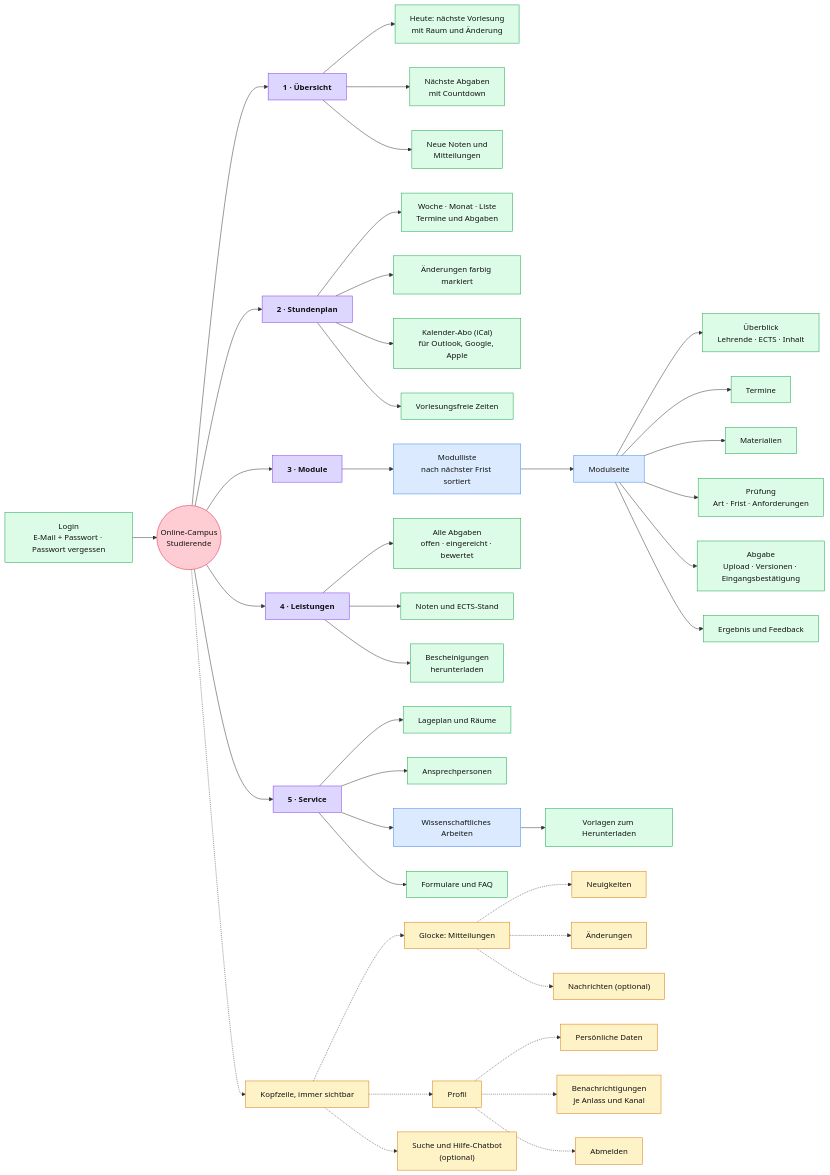
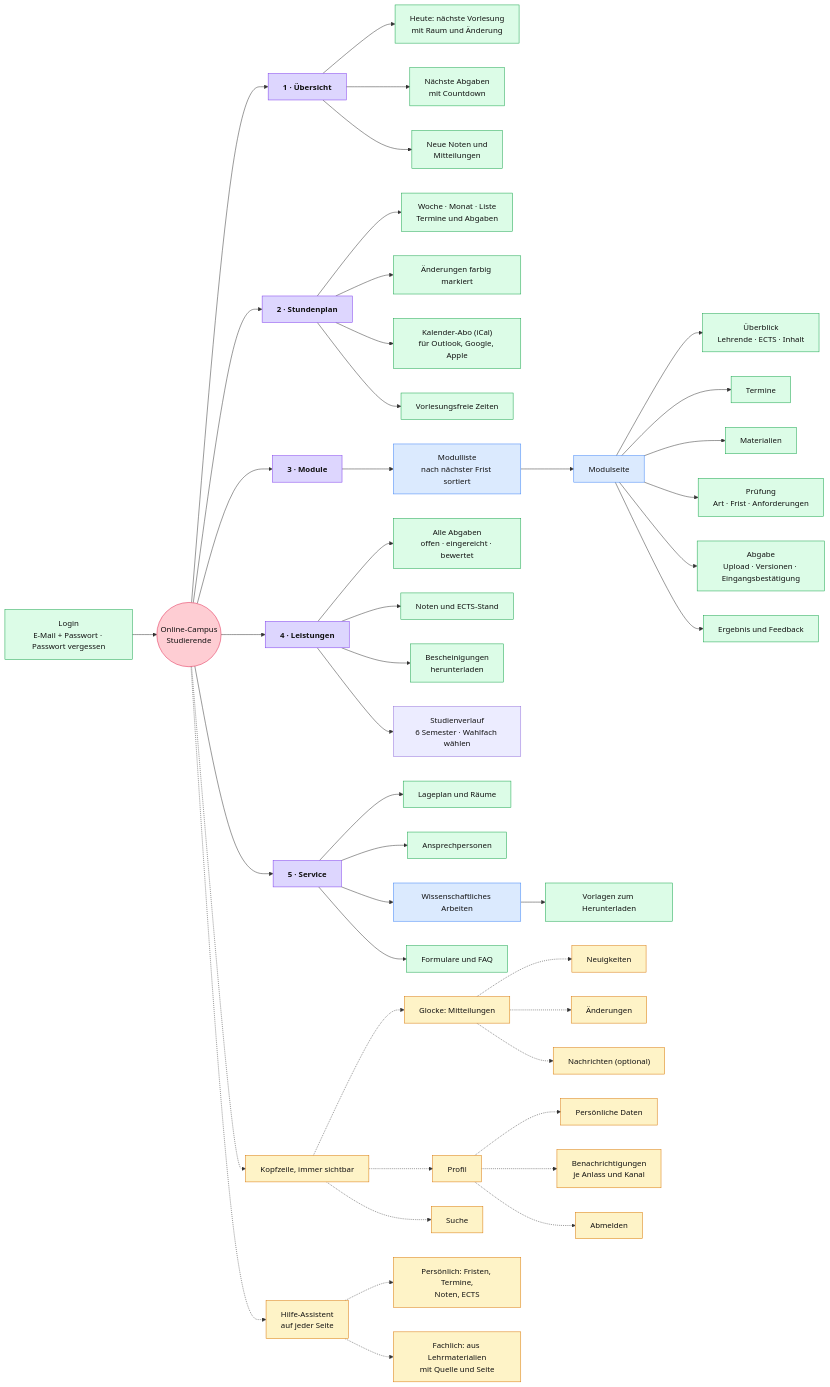
The diagram in sitemap-studierende.mmd (thimostender/Online-Campus), drawn with Mermaid before and after one commit. The commit also changed 24 other files, not shown here.

Commit message:
Module nach Modulstruktur BWL (B.A.), Studienverlauf mit Wahlfach, Hilfe-Assistent mit Textauslese der Lehrmaterialien, echte Dateien und ZIP, Termine anlegen mit Raumkonflikt-Pruefung, Bewerten ab Fristende

```diff
--- a/sitemap-studierende.mmd
+++ b/sitemap-studierende.mmd
@@ -1,58 +1,62 @@
 flowchart LR
   C(("Online-Campus<br/>Studierende"))
   LOGIN["Login<br/>E-Mail + Passwort · Passwort vergessen"] --> C
 
   C --> U["1 · Übersicht"]
   U --> U1["Heute: nächste Vorlesung<br/>mit Raum und Änderung"]
   U --> U2["Nächste Abgaben<br/>mit Countdown"]
   U --> U3["Neue Noten und<br/>Mitteilungen"]
 
   C --> SP["2 · Stundenplan"]
   SP --> SP1["Woche · Monat · Liste<br/>Termine und Abgaben"]
   SP --> SP2["Änderungen farbig markiert"]
   SP --> SP3["Kalender-Abo (iCal)<br/>für Outlook, Google, Apple"]
   SP --> SP4["Vorlesungsfreie Zeiten"]
 
   C --> M["3 · Module"]
   M --> M1["Modulliste<br/>nach nächster Frist sortiert"]
   M1 --> MS["Modulseite"]
   MS --> MS1["Überblick<br/>Lehrende · ECTS · Inhalt"]
   MS --> MS2["Termine"]
   MS --> MS3["Materialien"]
   MS --> MS4["Prüfung<br/>Art · Frist · Anforderungen"]
   MS --> MS5["Abgabe<br/>Upload · Versionen · Eingangsbestätigung"]
   MS --> MS6["Ergebnis und Feedback"]
 
   C --> LE["4 · Leistungen"]
   LE --> LE1["Alle Abgaben<br/>offen · eingereicht · bewertet"]
   LE --> LE2["Noten und ECTS-Stand"]
   LE --> LE3["Bescheinigungen<br/>herunterladen"]
+  LE --> LE4["Studienverlauf<br/>6 Semester · Wahlfach wählen"]
 
   C --> SV["5 · Service"]
   SV --> SV1["Lageplan und Räume"]
   SV --> SV2["Ansprechpersonen"]
   SV --> SV3["Wissenschaftliches Arbeiten"]
   SV3 --> SV3a["Vorlagen zum Herunterladen"]
   SV --> SV4["Formulare und FAQ"]
 
   C -.-> K["Kopfzeile, immer sichtbar"]
   K -.-> MI["Glocke: Mitteilungen"]
   MI -.-> MI1["Neuigkeiten"]
   MI -.-> MI2["Änderungen"]
   MI -.-> MI3["Nachrichten (optional)"]
   K -.-> PR["Profil"]
   PR -.-> PR1["Persönliche Daten"]
   PR -.-> PR2["Benachrichtigungen<br/>je Anlass und Kanal"]
   PR -.-> PR3["Abmelden"]
-  K -.-> HI["Suche und Hilfe-Chatbot<br/>(optional)"]
+  K -.-> HI["Suche"]
+  C -.-> AS["Hilfe-Assistent<br/>auf jeder Seite"]
+  AS -.-> AS1["Persönlich: Fristen, Termine,<br/>Noten, ECTS"]
+  AS -.-> AS2["Fachlich: aus Lehrmaterialien<br/>mit Quelle und Seite"]
 
   classDef root fill:#fecdd3,stroke:#e11d48,color:#111
   classDef main fill:#ddd6fe,stroke:#7c3aed,color:#111,font-weight:bold
   classDef sub fill:#dbeafe,stroke:#3b82f6,color:#111
   classDef fn fill:#dcfce7,stroke:#16a34a,color:#111
   classDef head fill:#fef3c7,stroke:#d97706,color:#111
   class C root
   class U,SP,M,LE,SV main
   class MS,M1,SV3 sub
   class U1,U2,U3,SP1,SP2,SP3,SP4,MS1,MS2,MS3,MS4,MS5,MS6,LE1,LE2,LE3,SV1,SV2,SV3a,SV4,LOGIN fn
-  class K,MI,MI1,MI2,MI3,PR,PR1,PR2,PR3,HI head
+  class K,MI,MI1,MI2,MI3,PR,PR1,PR2,PR3,HI,AS,AS1,AS2 head
```
